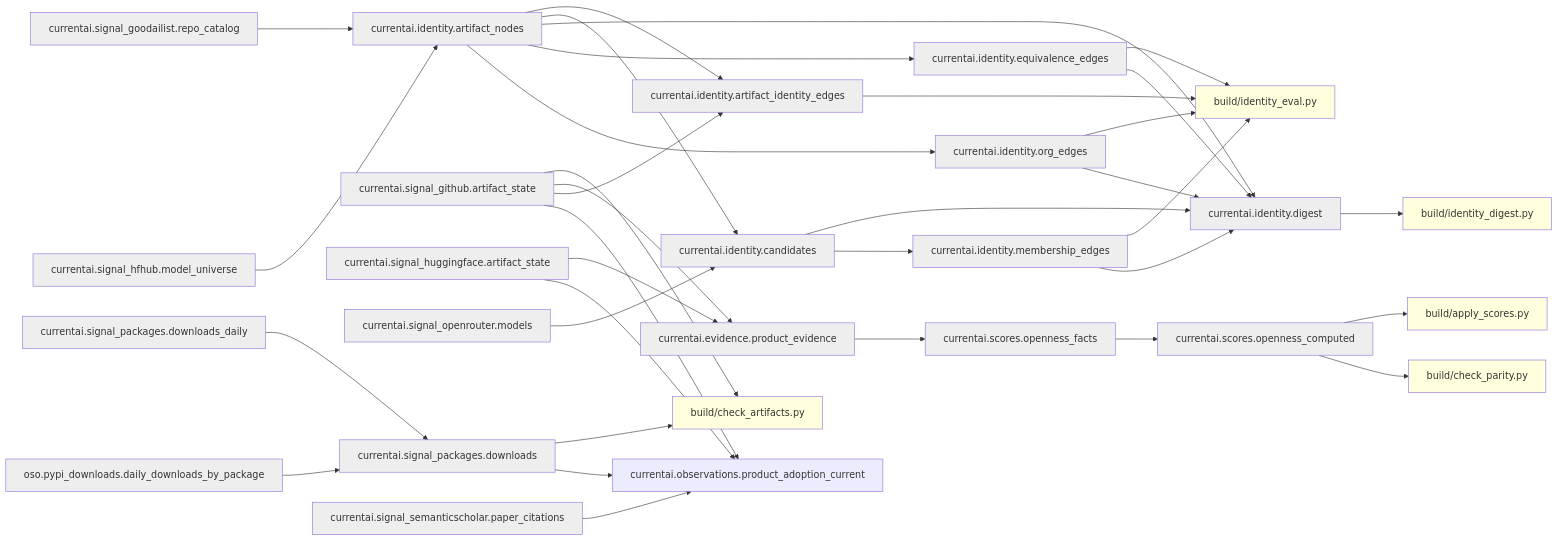
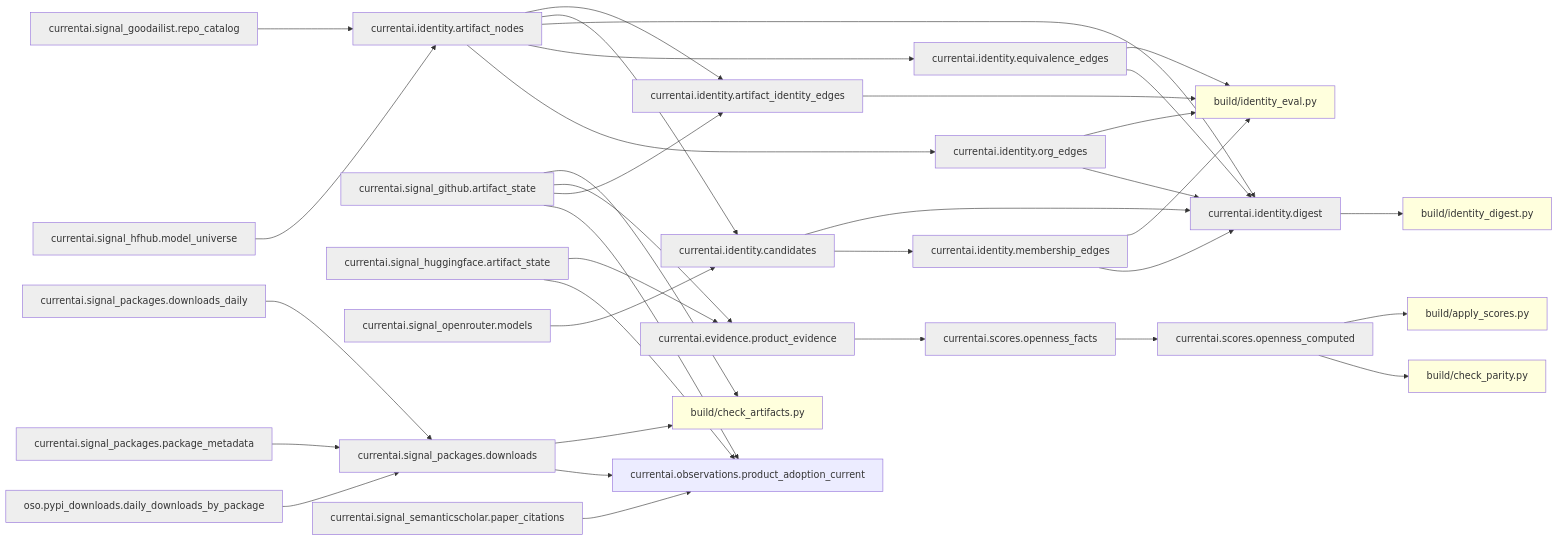
Before and after one commit to currentai-org/os-ai-map: the second of 3 diagrams in docs/architecture/current-state-dag.md, drawn with Mermaid. The commit also changed 20 other files, not shown here.

First line of the commit message:
feat(signals): release and package metadata on the warehouse, and retire repo_state and hub_state

````diff
--- a/docs/architecture/current-state-dag.md
+++ b/docs/architecture/current-state-dag.md
@@ -93,39 +93,40 @@
 ```mermaid
 graph LR
   currentai__evidence__product_evidence[currentai.evidence.product_evidence]:::dep --> currentai__scores__openness_facts[currentai.scores.openness_facts]:::dep
   currentai__identity__artifact_identity_edges[currentai.identity.artifact_identity_edges]:::dep --> build/identity_eval__py[build/identity_eval.py]:::audit
   currentai__identity__artifact_nodes[currentai.identity.artifact_nodes]:::dep --> currentai__identity__artifact_identity_edges[currentai.identity.artifact_identity_edges]:::dep
   currentai__identity__artifact_nodes[currentai.identity.artifact_nodes]:::dep --> currentai__identity__candidates[currentai.identity.candidates]:::dep
   currentai__identity__artifact_nodes[currentai.identity.artifact_nodes]:::dep --> currentai__identity__digest[currentai.identity.digest]:::dep
   currentai__identity__artifact_nodes[currentai.identity.artifact_nodes]:::dep --> currentai__identity__equivalence_edges[currentai.identity.equivalence_edges]:::dep
   currentai__identity__artifact_nodes[currentai.identity.artifact_nodes]:::dep --> currentai__identity__org_edges[currentai.identity.org_edges]:::dep
   currentai__identity__candidates[currentai.identity.candidates]:::dep --> currentai__identity__digest[currentai.identity.digest]:::dep
   currentai__identity__candidates[currentai.identity.candidates]:::dep --> currentai__identity__membership_edges[currentai.identity.membership_edges]:::dep
   currentai__identity__digest[currentai.identity.digest]:::dep --> build/identity_digest__py[build/identity_digest.py]:::audit
   currentai__identity__equivalence_edges[currentai.identity.equivalence_edges]:::dep --> build/identity_eval__py[build/identity_eval.py]:::audit
   currentai__identity__equivalence_edges[currentai.identity.equivalence_edges]:::dep --> currentai__identity__digest[currentai.identity.digest]:::dep
   currentai__identity__membership_edges[currentai.identity.membership_edges]:::dep --> build/identity_eval__py[build/identity_eval.py]:::audit
   currentai__identity__membership_edges[currentai.identity.membership_edges]:::dep --> currentai__identity__digest[currentai.identity.digest]:::dep
   currentai__identity__org_edges[currentai.identity.org_edges]:::dep --> build/identity_eval__py[build/identity_eval.py]:::audit
   currentai__identity__org_edges[currentai.identity.org_edges]:::dep --> currentai__identity__digest[currentai.identity.digest]:::dep
   currentai__scores__openness_computed[currentai.scores.openness_computed]:::dep --> build/apply_scores__py[build/apply_scores.py]:::audit
   currentai__scores__openness_computed[currentai.scores.openness_computed]:::dep --> build/check_parity__py[build/check_parity.py]:::audit
   currentai__scores__openness_facts[currentai.scores.openness_facts]:::dep --> currentai__scores__openness_computed[currentai.scores.openness_computed]:::dep
   currentai__signal_github__artifact_state[currentai.signal_github.artifact_state]:::dep --> build/check_artifacts__py[build/check_artifacts.py]:::audit
   currentai__signal_github__artifact_state[currentai.signal_github.artifact_state]:::dep --> currentai__evidence__product_evidence[currentai.evidence.product_evidence]:::dep
   currentai__signal_github__artifact_state[currentai.signal_github.artifact_state]:::dep --> currentai__identity__artifact_identity_edges[currentai.identity.artifact_identity_edges]:::dep
   currentai__signal_github__artifact_state[currentai.signal_github.artifact_state]:::dep --> currentai__observations__product_adoption_current[currentai.observations.product_adoption_current]
   currentai__signal_goodailist__repo_catalog[currentai.signal_goodailist.repo_catalog]:::dep --> currentai__identity__artifact_nodes[currentai.identity.artifact_nodes]:::dep
   currentai__signal_hfhub__model_universe[currentai.signal_hfhub.model_universe]:::dep --> currentai__identity__artifact_nodes[currentai.identity.artifact_nodes]:::dep
   currentai__signal_huggingface__artifact_state[currentai.signal_huggingface.artifact_state]:::dep --> currentai__evidence__product_evidence[currentai.evidence.product_evidence]:::dep
   currentai__signal_huggingface__artifact_state[currentai.signal_huggingface.artifact_state]:::dep --> currentai__observations__product_adoption_current[currentai.observations.product_adoption_current]
   currentai__signal_openrouter__models[currentai.signal_openrouter.models]:::dep --> currentai__identity__candidates[currentai.identity.candidates]:::dep
   currentai__signal_packages__downloads[currentai.signal_packages.downloads]:::dep --> build/check_artifacts__py[build/check_artifacts.py]:::audit
   currentai__signal_packages__downloads[currentai.signal_packages.downloads]:::dep --> currentai__observations__product_adoption_current[currentai.observations.product_adoption_current]
   currentai__signal_packages__downloads_daily[currentai.signal_packages.downloads_daily]:::dep --> currentai__signal_packages__downloads[currentai.signal_packages.downloads]:::dep
+  currentai__signal_packages__package_metadata[currentai.signal_packages.package_metadata]:::dep --> currentai__signal_packages__downloads[currentai.signal_packages.downloads]:::dep
   currentai__signal_semanticscholar__paper_citations[currentai.signal_semanticscholar.paper_citations]:::dep --> currentai__observations__product_adoption_current[currentai.observations.product_adoption_current]
   oso__pypi_downloads__daily_downloads_by_package[oso.pypi_downloads.daily_downloads_by_package]:::dep --> currentai__signal_packages__downloads[currentai.signal_packages.downloads]:::dep
   classDef dep fill:#eee;
   classDef audit fill:#ffd;
   classDef src fill:#def;
 ```
````
